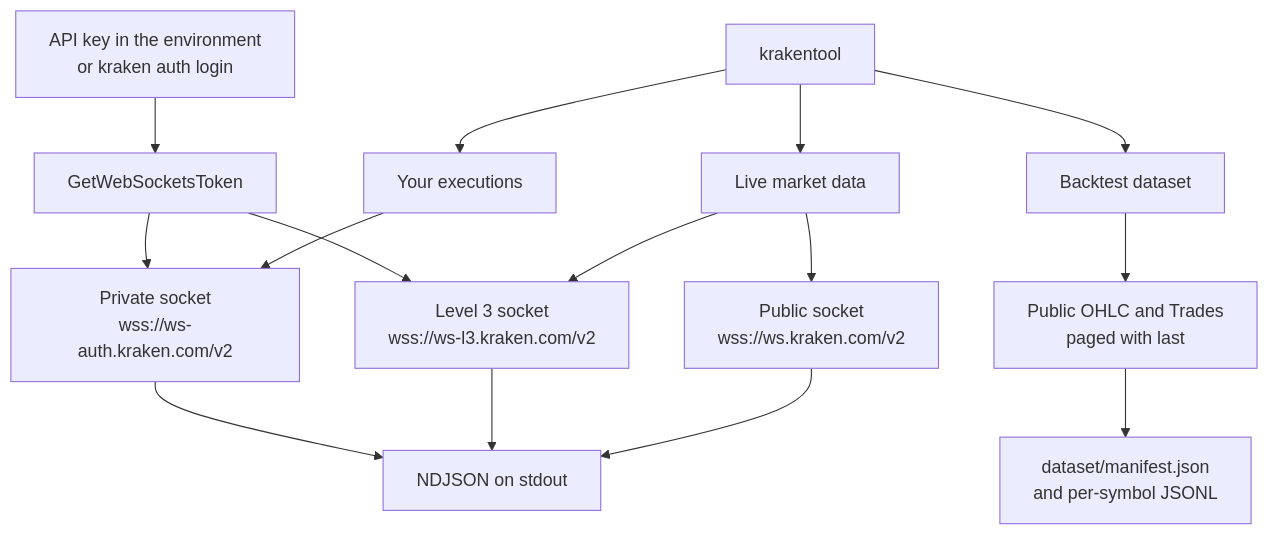
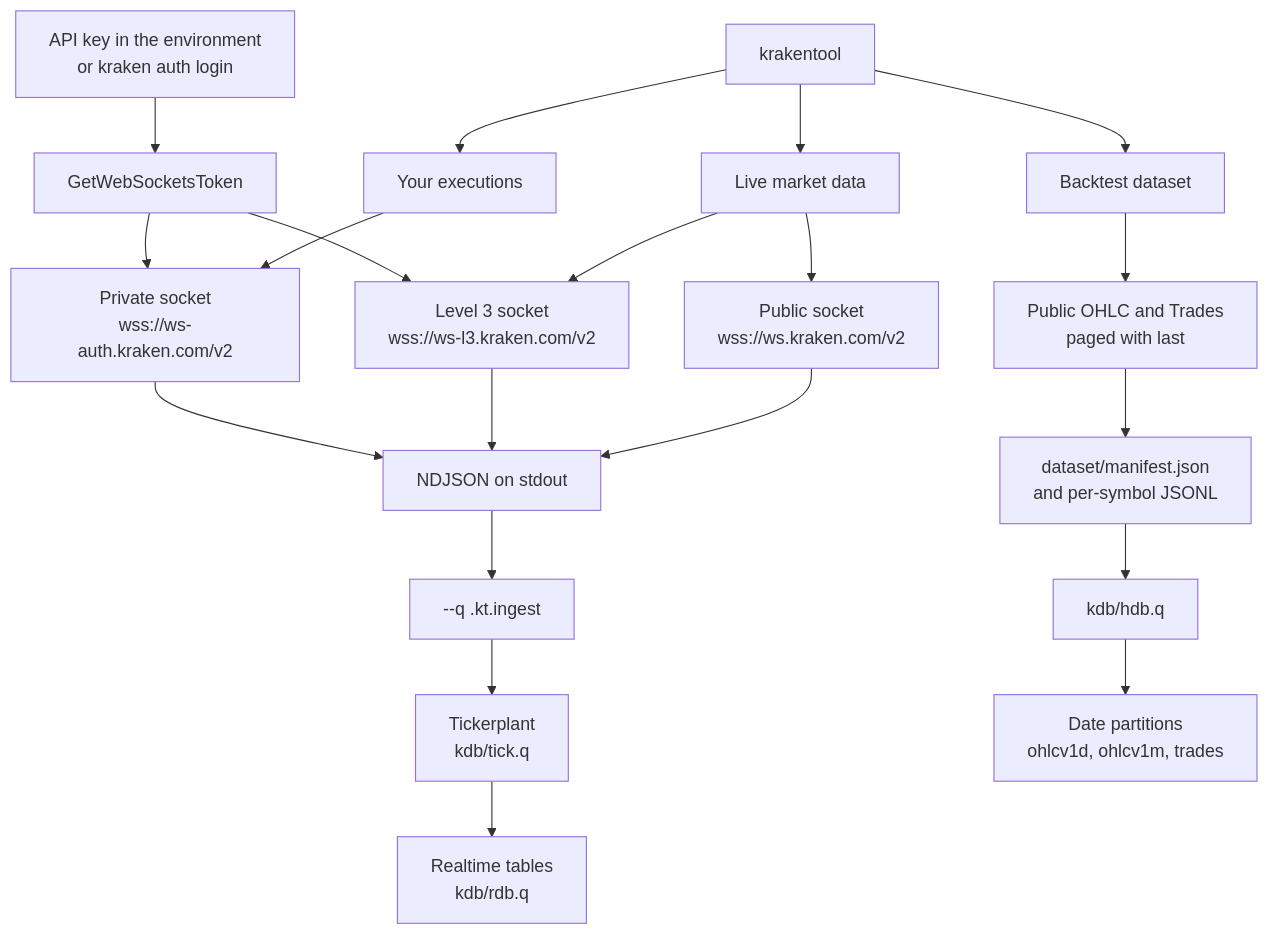
Before and after one commit to aifintech-do/krakentool: the first of 4 diagrams in docs/FEATURES.md, drawn with Mermaid. The commit also changed other lines of this file and 13 other files, not shown here.

Commit message:
Publish Kraken events into kdb+ and document the flow.

````diff
--- a/docs/FEATURES.md
+++ b/docs/FEATURES.md
@@ -77,21 +79,26 @@
 ```mermaid
 flowchart TD
   cli["krakentool"]
   cli --> stream["Live market data"]
   cli --> history["Your executions"]
   cli --> dataset["Backtest dataset"]
 
   stream --> pub["Public socket<br/>wss://ws.kraken.com/v2"]
   stream --> l3["Level 3 socket<br/>wss://ws-l3.kraken.com/v2"]
   history --> auth["Private socket<br/>wss://ws-auth.kraken.com/v2"]
   dataset --> rest["Public OHLC and Trades<br/>paged with last"]
 
   pub --> out["NDJSON on stdout"]
   l3 --> out
   auth --> out
+  out --> qpub["--q  .kt.ingest"]
+  qpub --> tp["Tickerplant<br/>kdb/tick.q"]
+  tp --> rdb["Realtime tables<br/>kdb/rdb.q"]
   rest --> files["dataset/manifest.json<br/>and per-symbol JSONL"]
+  files --> hdb["kdb/hdb.q"]
+  hdb --> hfiles["Date partitions<br/>ohlcv1d, ohlcv1m, trades"]
 
   creds["API key in the environment<br/>or kraken auth login"] --> token["GetWebSocketsToken"]
   token --> l3
   token --> auth
 ```
````
